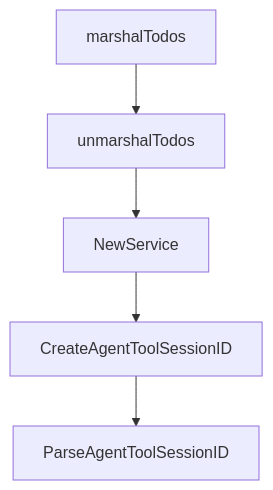
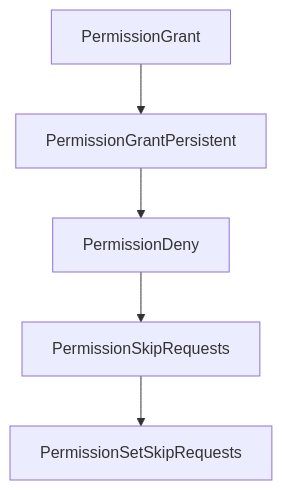
The diagram in tutorials/crush-tutorial/08-production-governance-and-rollout.md (johnxie/awesome-code-docs), drawn with Mermaid before and after one commit. The commit also changed other lines of this file and 1232 other files, not shown here.

````diff
--- a/tutorials/crush-tutorial/08-production-governance-and-rollout.md
+++ b/tutorials/crush-tutorial/08-production-governance-and-rollout.md
@@ -223,12 +222,12 @@
 ```mermaid
 flowchart TD
-    A[marshalTodos]
-    B[unmarshalTodos]
-    C[NewService]
-    D[CreateAgentToolSessionID]
-    E[ParseAgentToolSessionID]
+    A[PermissionGrant]
+    B[PermissionGrantPersistent]
+    C[PermissionDeny]
+    D[PermissionSkipRequests]
+    E[PermissionSetSkipRequests]
     A --> B
     B --> C
     C --> D
     D --> E
 ```
````
